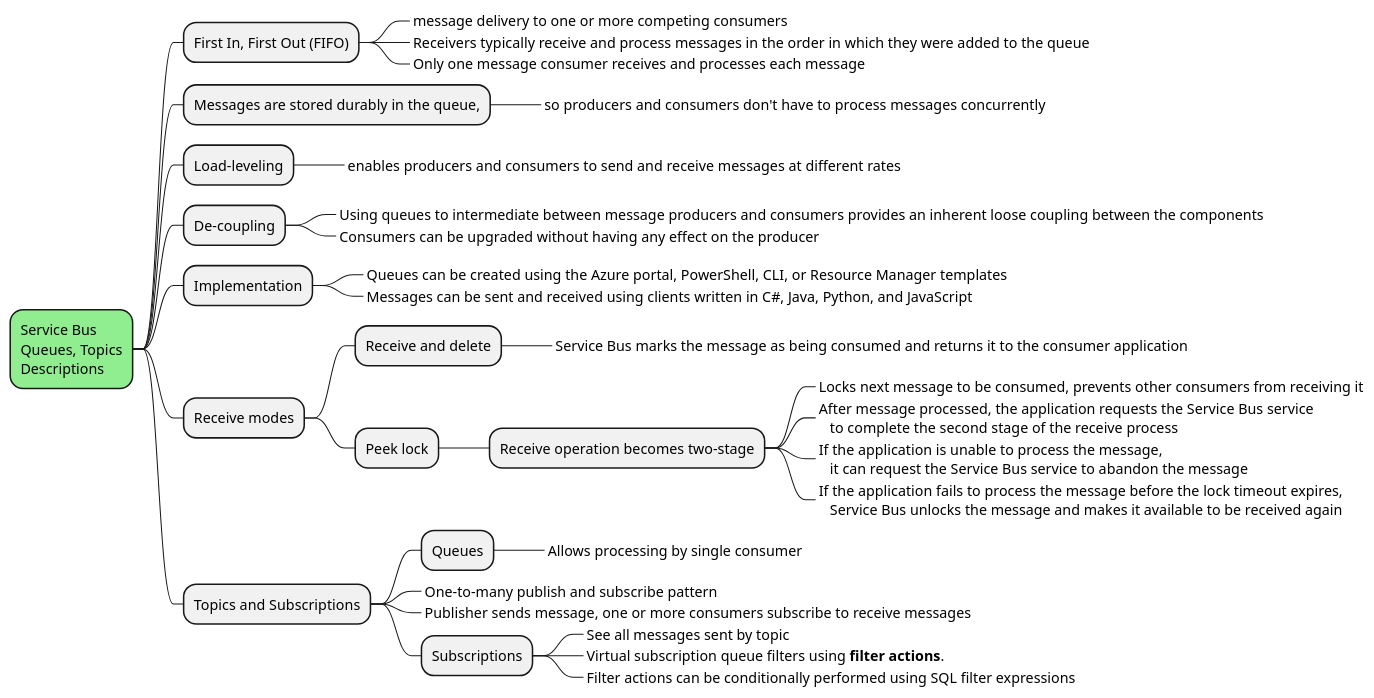
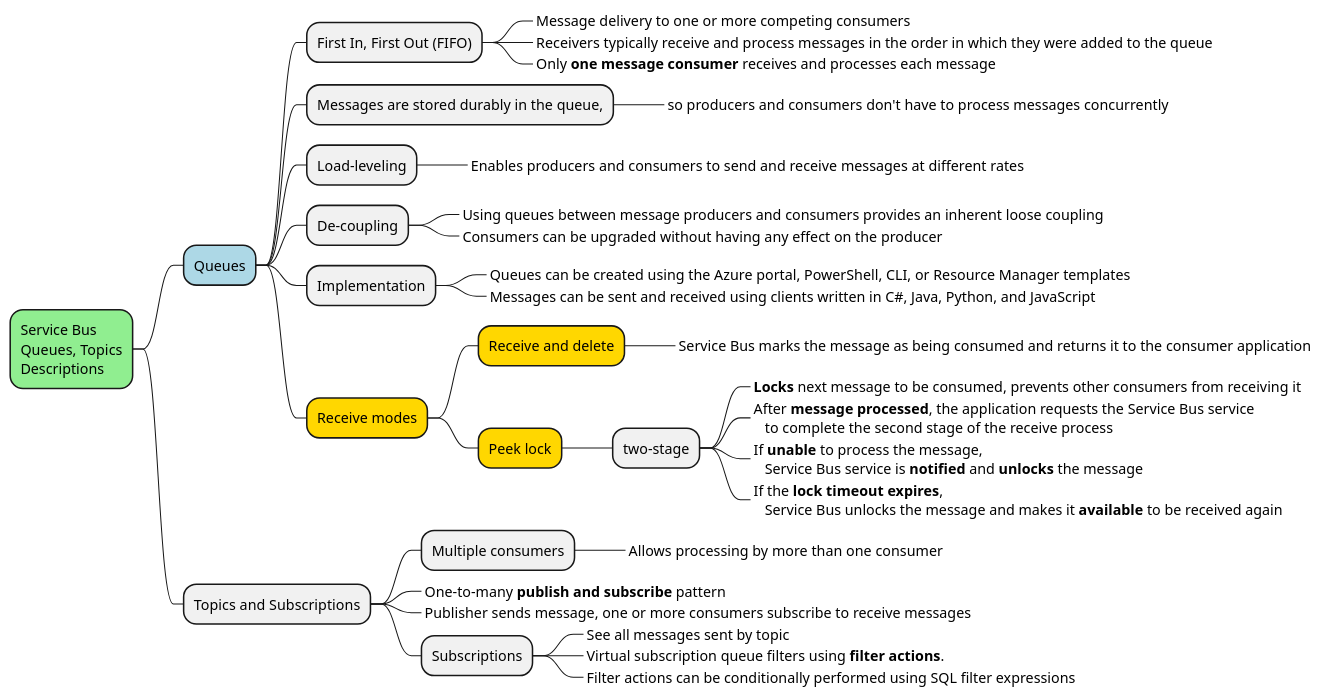
The diagram in 09 - message-queues/diagrams/3-components-mindmap.plantuml (bobbyache/AZ-204), drawn with PlantUML before and after one commit. The commit also changed 22 other files, not shown here.

```diff
--- a/09 - message-queues/diagrams/3-components-mindmap.plantuml
+++ b/09 - message-queues/diagrams/3-components-mindmap.plantuml
@@ -1,35 +1,36 @@
 @startmindmap
 *[#lightgreen] Service Bus\nQueues, Topics\nDescriptions
-** First In, First Out (FIFO)
-***_ message delivery to one or more competing consumers
-***_  Receivers typically receive and process messages in the order in which they were added to the queue
-***_  Only one message consumer receives and processes each message
-** Messages are stored durably in the queue,
-***_ so producers and consumers don't have to process messages concurrently
-** Load-leveling
-***_  enables producers and consumers to send and receive messages at different rates
-** De-coupling
-***_ Using queues to intermediate between message producers and consumers provides an inherent loose coupling between the components
-***_ Consumers can be upgraded without having any effect on the producer
-** Implementation
-***_ Queues can be created using the Azure portal, PowerShell, CLI, or Resource Manager templates
-***_ Messages can be sent and received using clients written in C#, Java, Python, and JavaScript
-** Receive modes
-*** Receive and delete
-****_ Service Bus marks the message as being consumed and returns it to the consumer application
-*** Peek lock
-**** Receive operation becomes two-stage
-*****_ Locks next message to be consumed, prevents other consumers from receiving it
-*****_ After message processed, the application requests the Service Bus service\n   to complete the second stage of the receive process
-*****_ If the application is unable to process the message,\n   it can request the Service Bus service to abandon the message
-*****_ If the application fails to process the message before the lock timeout expires,\n   Service Bus unlocks the message and makes it available to be received again
+**[#lightblue] Queues
+*** First In, First Out (FIFO)
+****_ Message delivery to one or more competing consumers
+****_  Receivers typically receive and process messages in the order in which they were added to the queue
+****_  Only **one message consumer** receives and processes each message
+*** Messages are stored durably in the queue,
+****_ so producers and consumers don't have to process messages concurrently
+*** Load-leveling
+****_  Enables producers and consumers to send and receive messages at different rates
+*** De-coupling
+****_ Using queues between message producers and consumers provides an inherent loose coupling
+****_ Consumers can be upgraded without having any effect on the producer
+*** Implementation
+****_ Queues can be created using the Azure portal, PowerShell, CLI, or Resource Manager templates
+****_ Messages can be sent and received using clients written in C#, Java, Python, and JavaScript
+***[#gold] Receive modes
+****[#gold] Receive and delete
+*****_ Service Bus marks the message as being consumed and returns it to the consumer application
+****[#gold] Peek lock
+***** two-stage
+******_ **Locks** next message to be consumed, prevents other consumers from receiving it
+******_ After **message processed**, the application requests the Service Bus service\n   to complete the second stage of the receive process
+******_ If **unable** to process the message,\n   Service Bus service is **notified** and **unlocks** the message
+******_ If the **lock timeout expires**,\n   Service Bus unlocks the message and makes it **available** to be received again
 ** Topics and Subscriptions
-*** Queues
-****_ Allows processing by single consumer
-***_ One-to-many publish and subscribe pattern
+*** Multiple consumers
+****_ Allows processing by more than one consumer
+***_ One-to-many **publish and subscribe** pattern
 ***_ Publisher sends message, one or more consumers subscribe to receive messages
 *** Subscriptions
 ****_ See all messages sent by topic
 ****_ Virtual subscription queue filters using **filter actions**.
 ****_ Filter actions can be conditionally performed using SQL filter expressions
 @endmindmap
```
